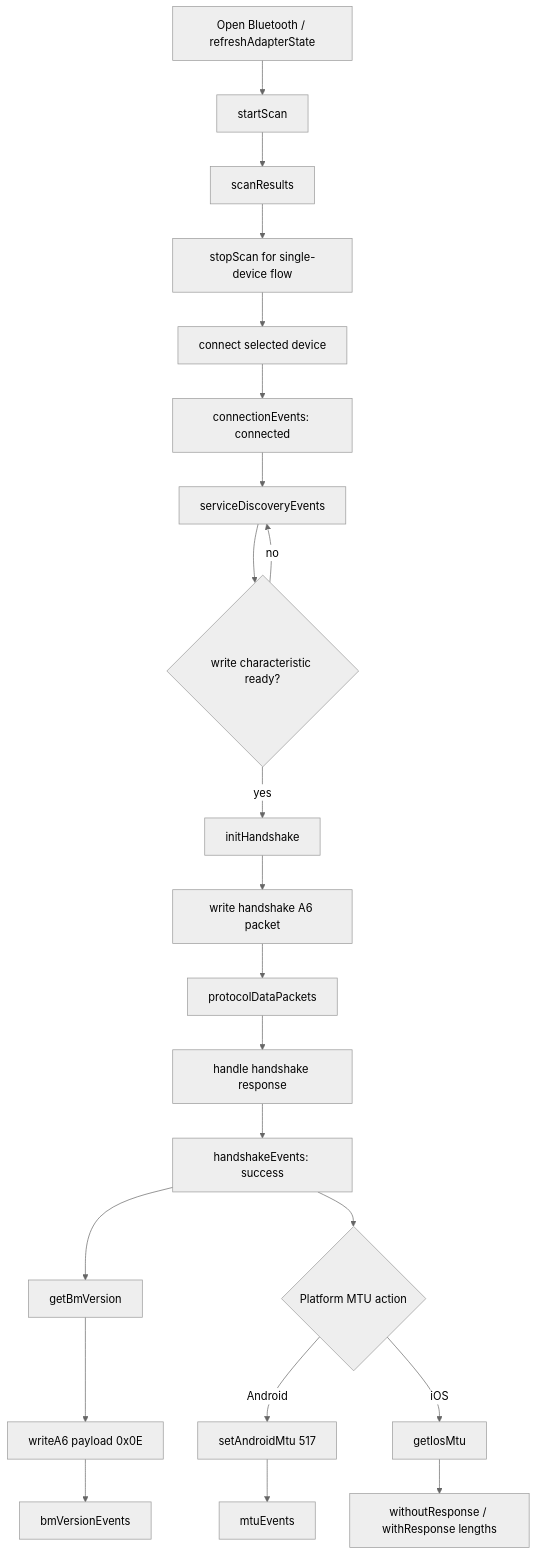
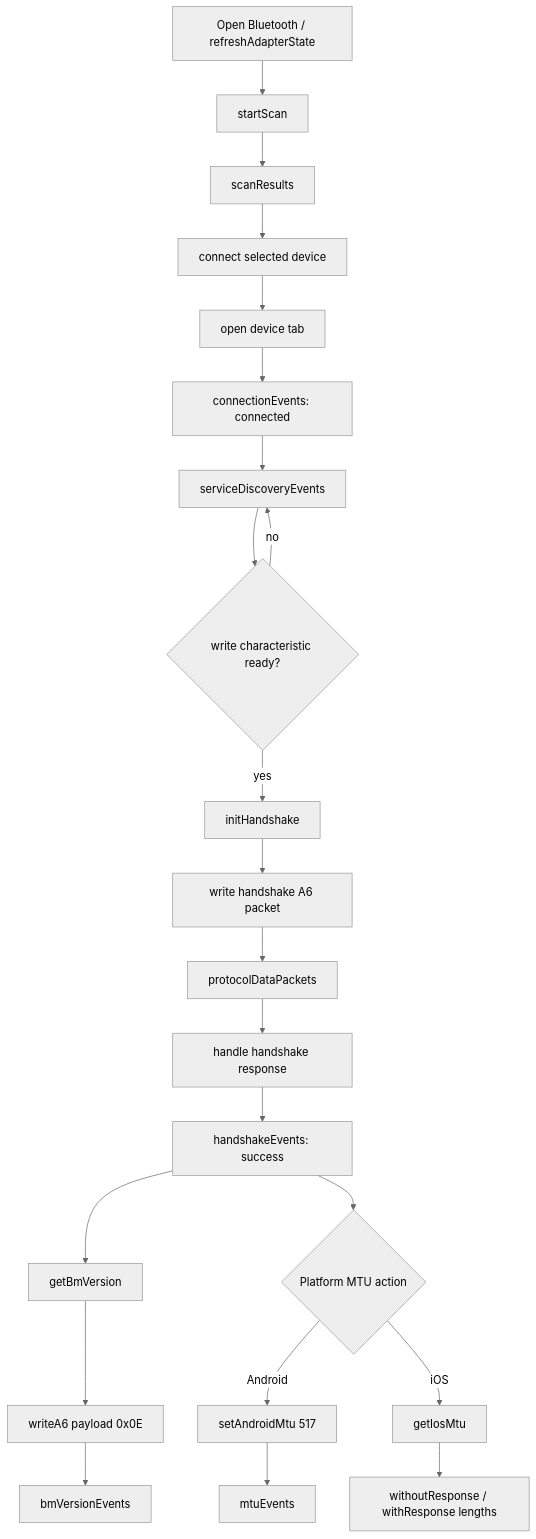
One commit to elinkthings/flutter_elink_ble changed the diagram in README.md. Above: the diagram before and after it, drawn with Mermaid (neutral theme). The commit also changed other lines of this file and 20 other files, not shown here.

````diff
--- a/README.md
+++ b/README.md
@@ -131,24 +136,24 @@
 ```mermaid
 flowchart TD
   A[Open Bluetooth / refreshAdapterState] --> B[startScan]
   B --> C[scanResults]
-  C --> D[stopScan for single-device flow]
-  D --> E[connect selected device]
+  C --> D[connect selected device]
+  D --> E[open device tab]
   E --> F[connectionEvents: connected]
   F --> G[serviceDiscoveryEvents]
   G --> H{write characteristic ready?}
   H -- no --> G
   H -- yes --> I[initHandshake]
   I --> J[write handshake A6 packet]
   J --> K[protocolDataPackets]
   K --> L[handle handshake response]
   L --> M[handshakeEvents: success]
   M --> N[getBmVersion]
   N --> O[writeA6 payload 0x0E]
   O --> P[bmVersionEvents]
   M --> Q{Platform MTU action}
   Q -- Android --> R[setAndroidMtu 517]
   R --> S[mtuEvents]
   Q -- iOS --> T[getIosMtu]
   T --> U[withoutResponse / withResponse lengths]
 ```
````
